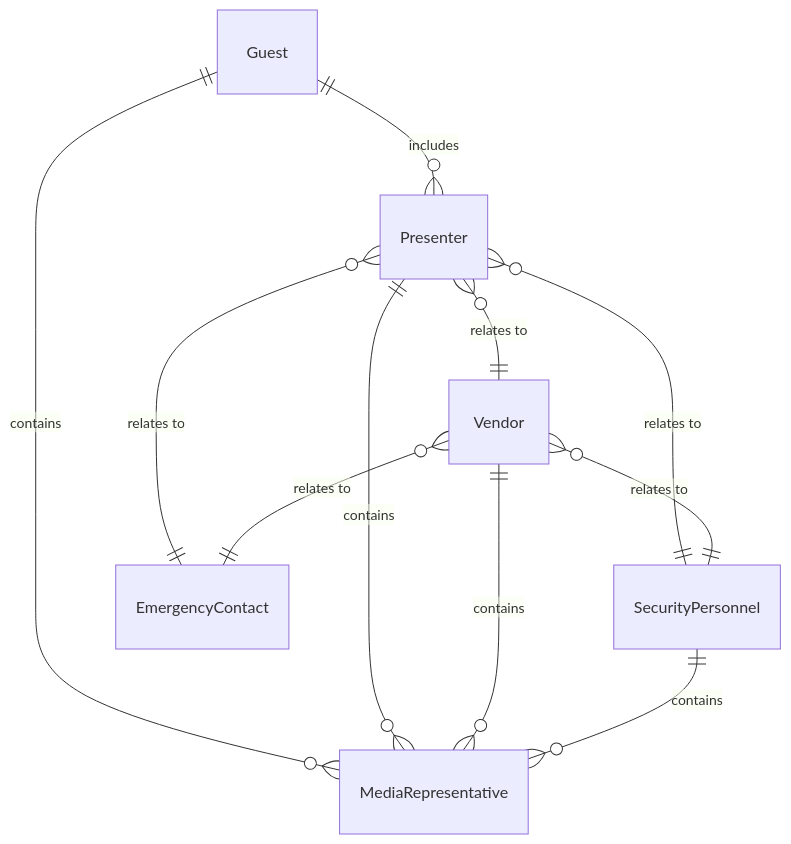
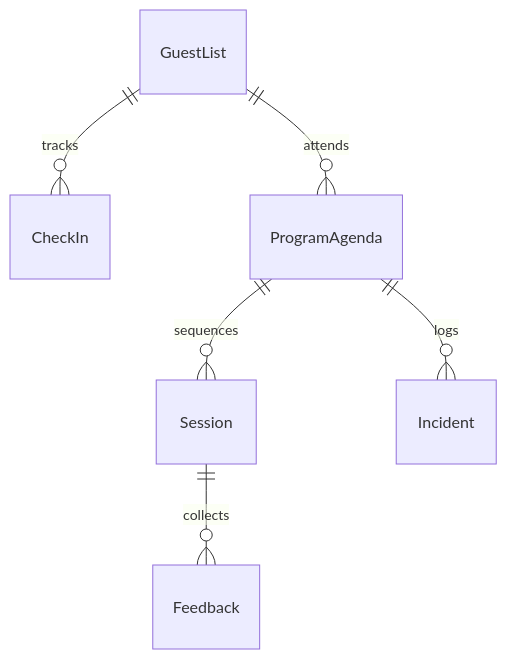
The first of 4 diagrams in GuidingDirectingAndMotivatingSubordinates/CoordinateGroupCommunityOrPublicActivities/HostEvents.mdx (dot-org-ai/tasks.org.ai), drawn with Mermaid before and after one commit. The commit also changed other lines of this file and 515 other files, not shown here.

````diff
--- a/GuidingDirectingAndMotivatingSubordinates/CoordinateGroupCommunityOrPublicActivities/HostEvents.mdx
+++ b/GuidingDirectingAndMotivatingSubordinates/CoordinateGroupCommunityOrPublicActivities/HostEvents.mdx
@@ -92,13 +92,8 @@
 ```mermaid
 erDiagram
-    Guest ||--o{ Presenter : includes
-    Guest ||--o{ MediaRepresentative : contains
-    Presenter }o--|| Vendor : "relates to"
-    Presenter }o--|| SecurityPersonnel : "relates to"
-    Presenter ||--o{ MediaRepresentative : contains
-    Presenter }o--|| EmergencyContact : "relates to"
-    Vendor }o--|| SecurityPersonnel : "relates to"
-    Vendor ||--o{ MediaRepresentative : contains
-    Vendor }o--|| EmergencyContact : "relates to"
-    SecurityPersonnel ||--o{ MediaRepresentative : contains
+    GuestList ||--o{ CheckIn : tracks
+    ProgramAgenda ||--o{ Session : sequences
+    Session ||--o{ Feedback : collects
+    ProgramAgenda ||--o{ Incident : logs
+    GuestList ||--o{ ProgramAgenda : attends
 ```
````
